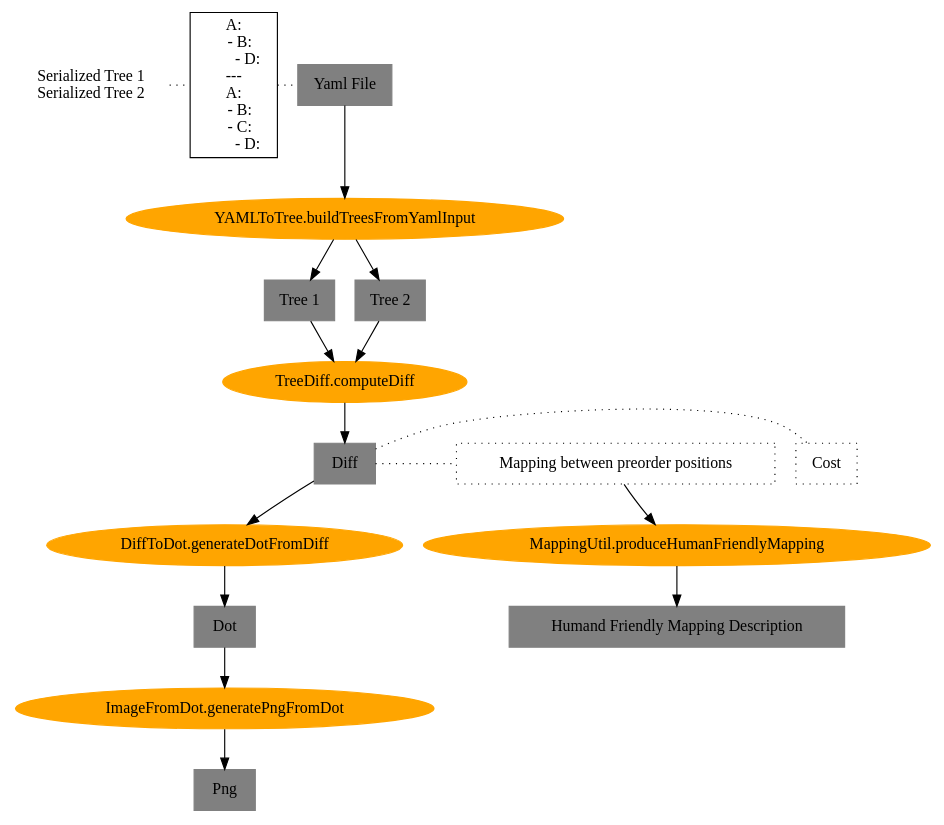
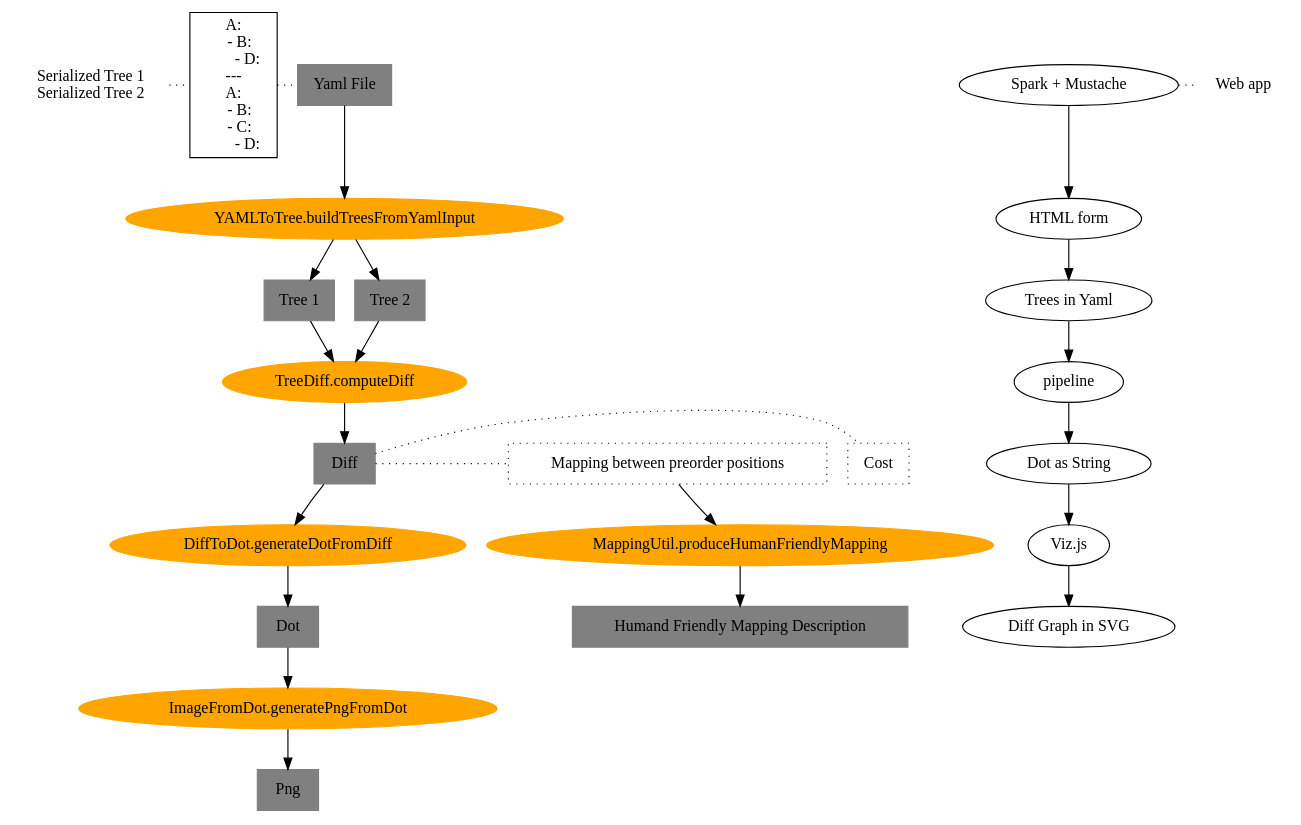
One commit to cagdasgerede/Veysel changed the diagram in doc/pipeline/Pipeline.dot. Above: the diagram before and after it, drawn with Graphviz. The commit also changed 1 other file, not shown here.

Commit message:
Update pipeline image to include web app

```diff
--- a/doc/pipeline/Pipeline.dot
+++ b/doc/pipeline/Pipeline.dot
@@ -1,46 +1,53 @@
 digraph G {
   "YamlContentLabel" [label="Serialized Tree 1\nSerialized Tree 2" shape=plaintext];
   "Yaml File" [shape=box color=gray style=filled];
   "YamlContent" [label="A:\n    - B:\n        - D:\n---\nA:\n    - B:\n    - C:\n        - D:" shape=box];
   { rank=same; "Yaml File" "YamlContent" "YamlContentLabel" }
   "Tree 1" [shape=box color=gray style=filled];
   "Tree 2" [shape=box color=gray style=filled];
   "Diff" [group=g1 shape=box color=gray style=filled];
   "Dot" [shape=box color=gray style=filled];
   "Png" [shape=box color=gray style=filled];
   "Humand Friendly Mapping Description" [shape=box color=gray style=filled];
   "Cost" [shape=box style=dotted];
   "Mapping between preorder positions" [group=g3 shape=box style=dotted];
 
   "YAMLToTree.buildTreesFromYamlInput" [color=orange style=filled];
   "TreeDiff.computeDiff" [color=orange style=filled];
   "DiffToDot.generateDotFromDiff" [group=g2 color=orange style=filled];
   "ImageFromDot.generatePngFromDot" [color=orange style=filled];
   "MappingUtil.produceHumanFriendlyMapping" [group=g4 color=orange style=filled];
   { rank=same; "DiffToDot.generateDotFromDiff" "MappingUtil.produceHumanFriendlyMapping" };
   { rank=same; "Diff" "Mapping between preorder positions" "Cost"};
+
+
+  "Spark + Mustache";
+  "WebLabel" [label="Web app" shape=plaintext];
+  "Spark + Mustache" -> "WebLabel" [style=dotted arrowhead=none];
+  "Spark + Mustache" -> "HTML form" -> "Trees in Yaml" -> "pipeline" -> "Dot as String" -> "Viz.js" -> "Diff Graph in SVG";
+  { rank=same; "Yaml File" "Spark + Mustache" "WebLabel" }
 
   "YamlContentLabel" -> "YamlContent" [style=dotted arrowhead=none];
   "YamlContent" -> "Yaml File" [style=dotted arrowhead=none];
 
   "Yaml File" -> "YAMLToTree.buildTreesFromYamlInput";
   "YAMLToTree.buildTreesFromYamlInput" -> "Tree 1";
   "YAMLToTree.buildTreesFromYamlInput" -> "Tree 2";
   "Tree 1" -> "TreeDiff.computeDiff";
   "Tree 2" -> "TreeDiff.computeDiff";
   "TreeDiff.computeDiff" -> "Diff";
   "Diff" -> "Cost" [style=dotted arrowhead=none];
   "Diff" -> "Mapping between preorder positions" [style=dotted arrowhead=none];
 
   "Mapping between preorder positions" -> "MappingUtil.produceHumanFriendlyMapping";
   "MappingUtil.produceHumanFriendlyMapping" -> "Humand Friendly Mapping Description";
 
   "Diff" -> "DiffToDot.generateDotFromDiff";
   "DiffToDot.generateDotFromDiff" -> "Dot";
   "Dot" -> "ImageFromDot.generatePngFromDot";
   "ImageFromDot.generatePngFromDot" -> "Png";
 
   edge[style=invis];
   "Diff" -> "DiffToDot.generateDotFromDiff";
   "Mapping between preorder positions" -> "MappingUtil.produceHumanFriendlyMapping";
 }
```
